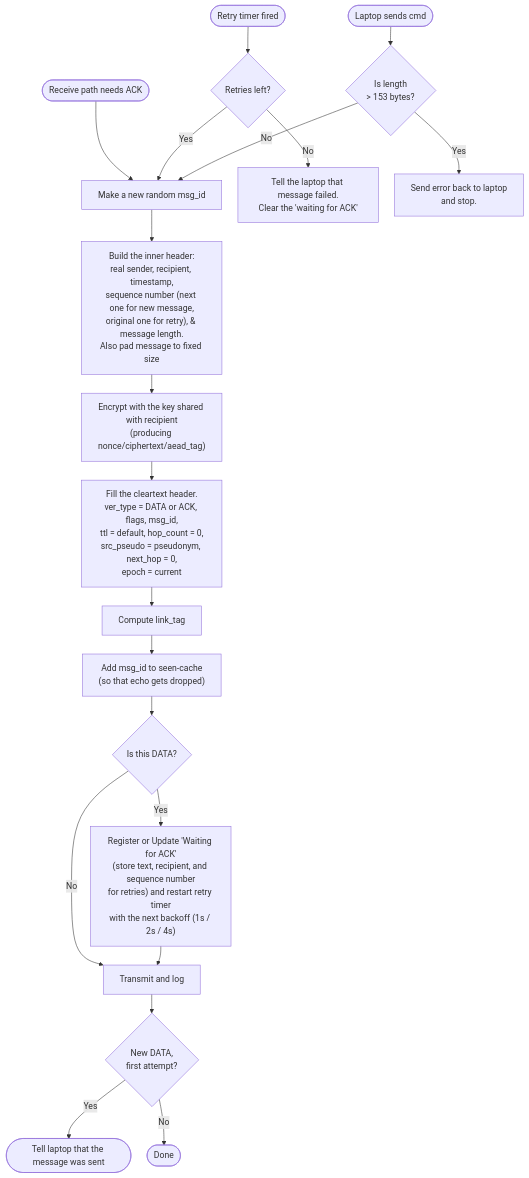
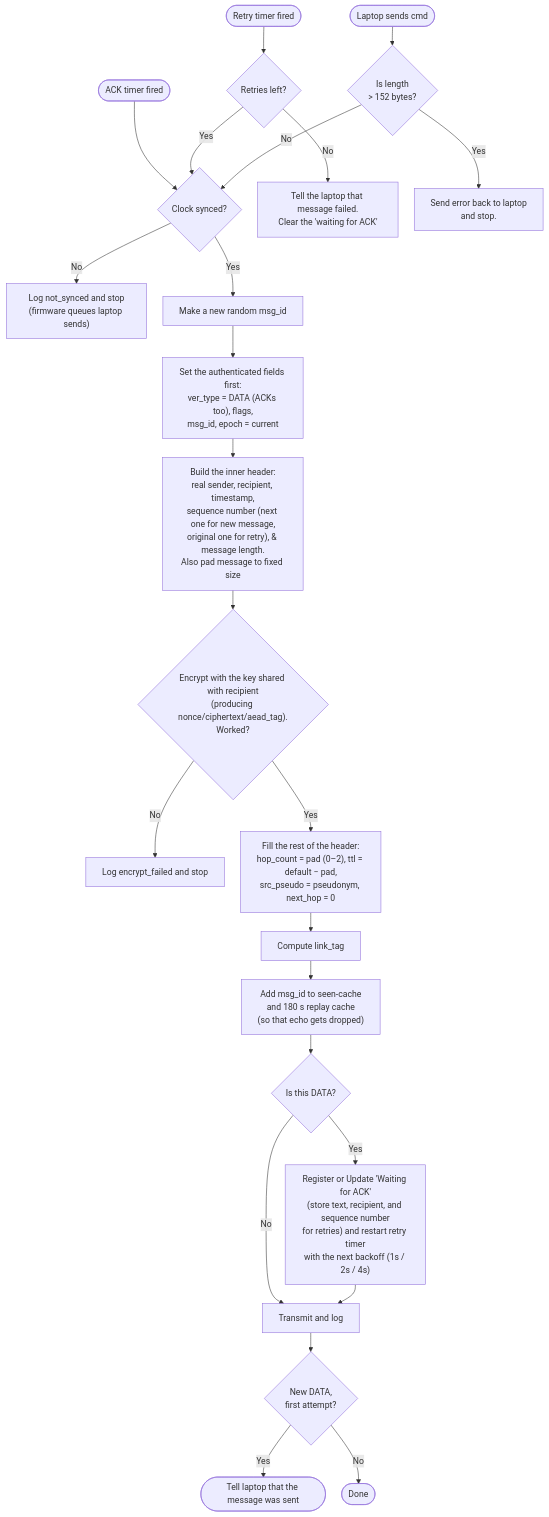
One commit to GhostMeshIPS/GhostMesh changed the second of 2 diagrams in PROTOCOL.md. Above: the diagram before and after it, drawn with Mermaid. The commit also changed other lines of this file and 2 other files, not shown here.

````diff
--- a/PROTOCOL.md
+++ b/PROTOCOL.md
@@ -76,33 +108,38 @@
 ```mermaid
 %%{init: {"flowchart": {"nodeSpacing": 30, "rankSpacing": 35}}}%%
 flowchart TD
-    T1([Laptop sends cmd]) --> LEN{"Is length<br>> 153 bytes?"}
-    T2([Receive path needs ACK]) --> NEW_MSG
+    T1([Laptop sends cmd]) --> LEN{"Is length<br>> 152 bytes?"}
+    T2([ACK timer fired]) --> SYNC
     T3([Retry timer fired]) --> RETRY{"Retries left?"}
 
     RETRY --> |No| FAIL["Tell the laptop that message failed.<br>Clear the 'waiting for ACK'"]
-    RETRY --> |Yes| NEW_MSG
+    RETRY --> |Yes| SYNC
 
     LEN --> |Yes| ER["Send error back to laptop<br>and stop."]
-    LEN --> |No| NEW_MSG["Make a new random msg_id"]
+    LEN --> |No| SYNC{"Clock synced?"}
+    SYNC --> |No| NS["Log not_synced and stop<br>(firmware queues laptop sends)"]
+    SYNC --> |Yes| NEW_MSG["Make a new random msg_id"]
 
-    NEW_MSG --> BHD["Build the inner header:<br>real sender, recipient, timestamp,<br>sequence number (next one for new message,<br>original one for retry), & message length.<br>Also pad message to fixed size"]
+    NEW_MSG --> AD["Set the authenticated fields first:<br>ver_type = DATA (ACKs too), flags,<br>msg_id, epoch = current"]
 
-    BHD --> ENC["Encrypt with the key shared with recipient<br>(producing nonce/ciphertext/aead_tag)"]
+    AD --> BHD["Build the inner header:<br>real sender, recipient, timestamp,<br>sequence number (next one for new message,<br>original one for retry), & message length.<br>Also pad message to fixed size"]
 
-    ENC --> FILL["Fill the cleartext header.<br>ver_type = DATA or ACK, flags, msg_id,<br>ttl = default, hop_count = 0,<br>src_pseudo = pseudonym, next_hop = 0,<br>epoch = current"]
+    BHD --> ENC{"Encrypt with the key shared with recipient<br>(producing nonce/ciphertext/aead_tag).<br>Worked?"}
+    ENC --> |No| EF["Log encrypt_failed and stop"]
+
+    ENC --> |Yes| FILL["Fill the rest of the header:<br>hop_count = pad (0–2), ttl = default − pad,<br>src_pseudo = pseudonym, next_hop = 0"]
 
     FILL --> COMPUTE["Compute link_tag"]
 
-    COMPUTE --> ADD["Add msg_id to seen-cache<br>(so that echo gets dropped)"]
+    COMPUTE --> ADD["Add msg_id to seen-cache<br>and 180 s replay cache<br>(so that echo gets dropped)"]
 
     ADD --> DATA{"Is this DATA?"}
 
     DATA --> |Yes| REGISTER["Register or Update 'Waiting for ACK'<br>(store text, recipient, and sequence number<br>for retries) and restart retry timer<br>with the next backoff (1s / 2s / 4s)"]
     DATA --> |No| TRANSMIT
     REGISTER --> TRANSMIT["Transmit and log"]
 
     TRANSMIT --> FIRST{"New DATA,<br>first attempt?"}
     FIRST --> |Yes| SENT(["Tell laptop that the message was sent"])
     FIRST --> |No| DONE([Done])
 ```
````
